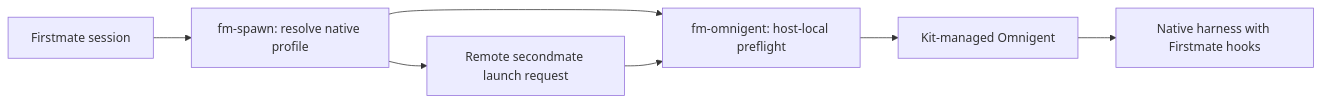
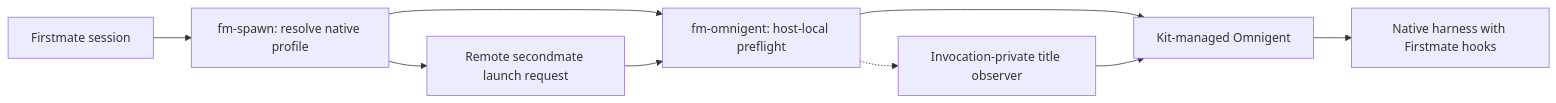
Before and after one commit to davidtandoh/firstmate: the diagram in docs/omnigent.md, drawn with Mermaid. The commit also changed other lines of this file and 8 other files, not shown here.

````diff
--- a/docs/omnigent.md
+++ b/docs/omnigent.md
@@ -3,9 +3,11 @@
 ```mermaid
 flowchart LR
     primary[Firstmate session] --> spawn[fm-spawn: resolve native profile]
     spawn --> launcher[fm-omnigent: host-local preflight]
     launcher --> service[Kit-managed Omnigent]
+    launcher -.-> titles[Invocation-private title observer]
+    titles --> service
     service --> worker[Native harness with Firstmate hooks]
     spawn --> remote[Remote secondmate launch request]
     remote --> launcher
 ```
````
